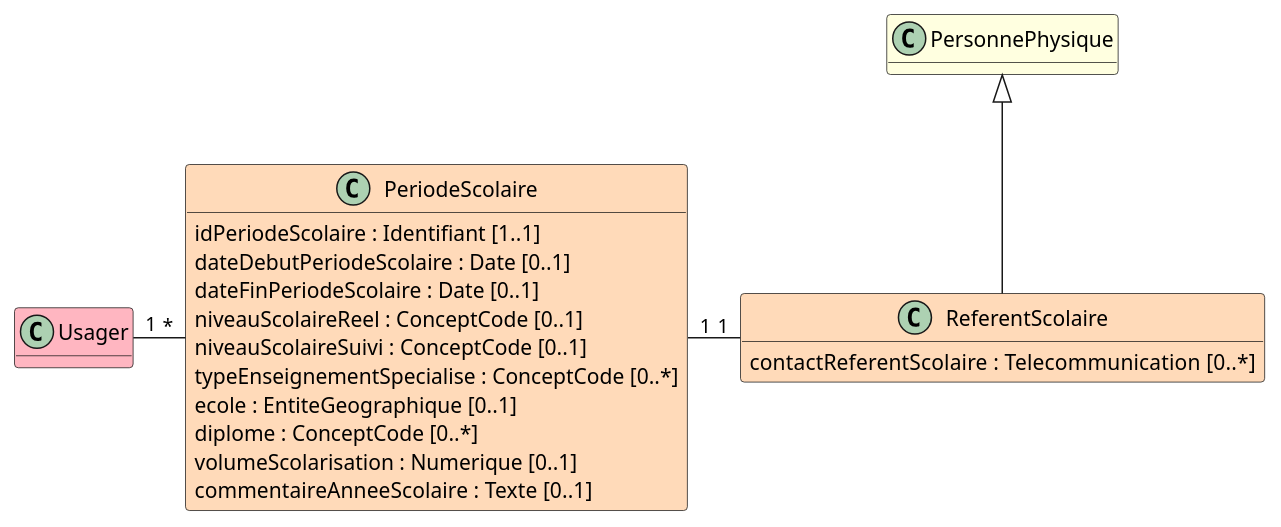
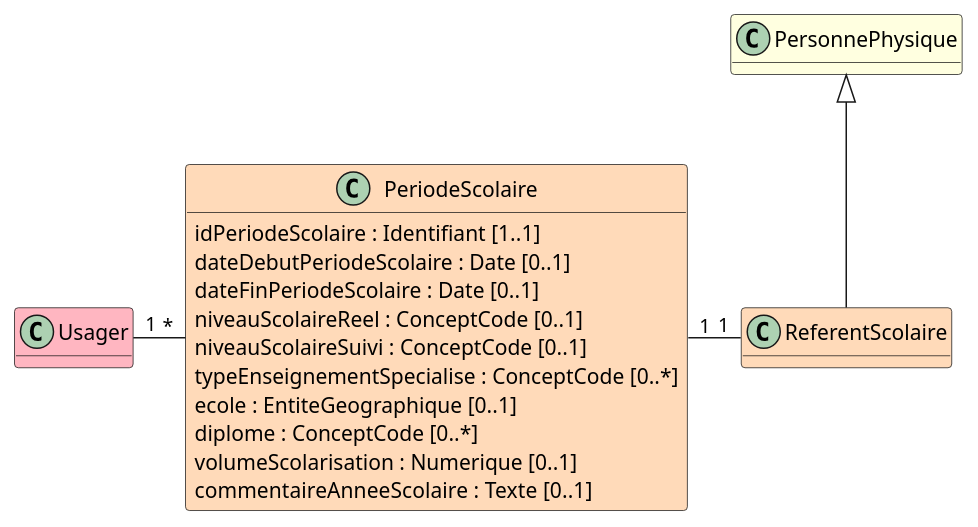
Before and after one commit to ansforge/IG-fhir-medicosocial-transfert-donnees-dui: the diagram in input/images-source/bloc_periode_scolaire.plantuml, drawn with PlantUML. The commit also changed 1 other file, not shown here.

Commit message:
maj ref scolaire

```diff
--- a/input/images-source/bloc_periode_scolaire.plantuml
+++ b/input/images-source/bloc_periode_scolaire.plantuml
@@ -1,30 +1,28 @@
 @startuml
 
 hide empty methods
 
 class Usager #LightPink
 
 class PersonnePhysique #LightYellow
 
 class PeriodeScolaire #PeachPuff {
     idPeriodeScolaire : Identifiant [1..1]
     dateDebutPeriodeScolaire : Date [0..1]
     dateFinPeriodeScolaire : Date [0..1]
     niveauScolaireReel : ConceptCode [0..1]
     niveauScolaireSuivi : ConceptCode [0..1]
     typeEnseignementSpecialise : ConceptCode [0..*]
     ecole : EntiteGeographique [0..1]
     diplome : ConceptCode [0..*]
     volumeScolarisation : Numerique [0..1]
     commentaireAnneeScolaire : Texte [0..1]
 }
 
-class ReferentScolaire #PeachPuff {
-    contactReferentScolaire  : Telecommunication [0..*]
-}
+class ReferentScolaire #PeachPuff
 
 Usager "1" - "*" PeriodeScolaire
 PersonnePhysique <|-- ReferentScolaire
 PeriodeScolaire "1" - "1" ReferentScolaire
 
 @enduml
```
